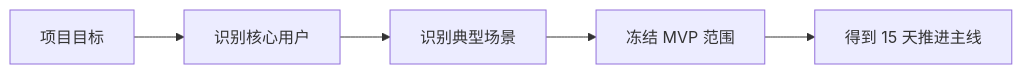
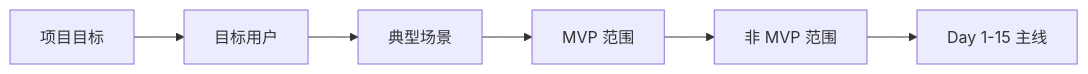
The first of 18 diagrams in steps/day1-day15-summary.md (juemimgcd/sentiFlow), drawn with Mermaid before and after one commit. The commit also changed other lines of this file and 2 other files, not shown here.

Commit message:
update the field of day5

````diff
--- a/steps/day1-day15-summary.md
+++ b/steps/day1-day15-summary.md
@@ -35,7 +61,8 @@
 ```mermaid
 flowchart LR
-    A[项目目标] --> B[识别核心用户]
-    B --> C[识别典型场景]
-    C --> D[冻结 MVP 范围]
-    D --> E[得到 15 天推进主线]
+    A[项目目标] --> B[目标用户]
+    B --> C[典型场景]
+    C --> D[MVP 范围]
+    D --> E[非 MVP 范围]
+    E --> F[Day 1-15 主线]
 ```
````
